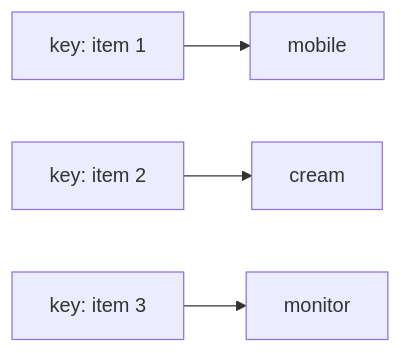
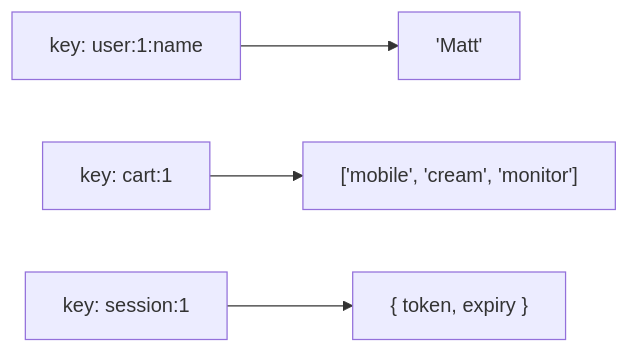
One commit to aaryan-pradhan/core-cs-fundamentals changed the eighth of 13 diagrams in dbms/15-nosql.md. Above: the diagram before and after it, drawn with Mermaid. The commit also changed other lines of this file, not shown here.

````diff
--- a/dbms/15-nosql.md
+++ b/dbms/15-nosql.md
@@ -210,6 +129,6 @@
-  ```mermaid
-  flowchart LR
-    K1["key: item 1"] --> V1["mobile"]
-    K2["key: item 2"] --> V2["cream"]
-    K3["key: item 3"] --> V3["monitor"]
-  ```
+```mermaid
+flowchart LR
+  K1["key: user:1:name"] --> V1["'Matt'"]
+  K2["key: cart:1"] --> V2["['mobile', 'cream', 'monitor']"]
+  K3["key: session:1"] --> V3["{ token, expiry }"]
+```
````
